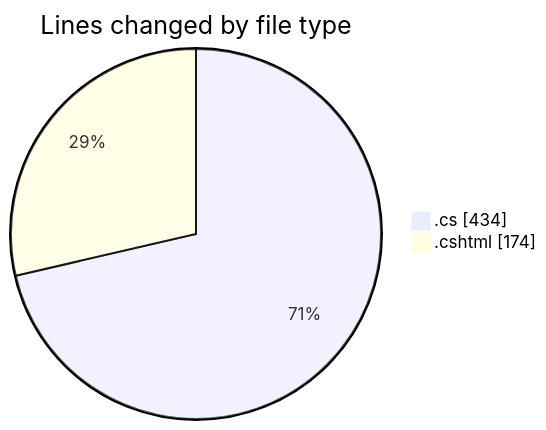
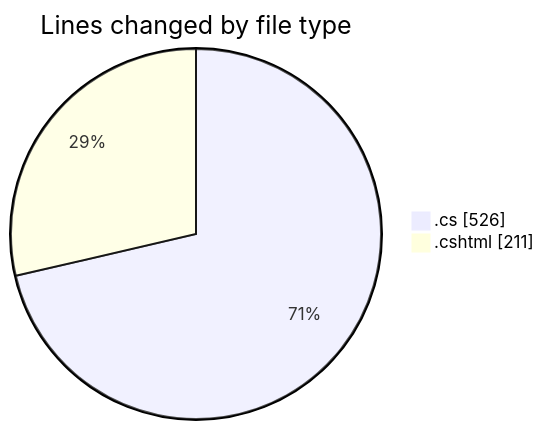
The first of 2 diagrams in 2025-07-22/nhahang/README.md (lephambinh05/code-tracking), drawn with Mermaid before and after one commit. The commit also changed other lines of this file and 1 other file, not shown here.

````diff
--- a/2025-07-22/nhahang/README.md
+++ b/2025-07-22/nhahang/README.md
@@ -29,6 +31,6 @@
 ```mermaid
 pie showData
 title Lines changed by file type
-".cs" : 434
-".cshtml" : 174
+".cs" : 526
+".cshtml" : 211
 ```
````
